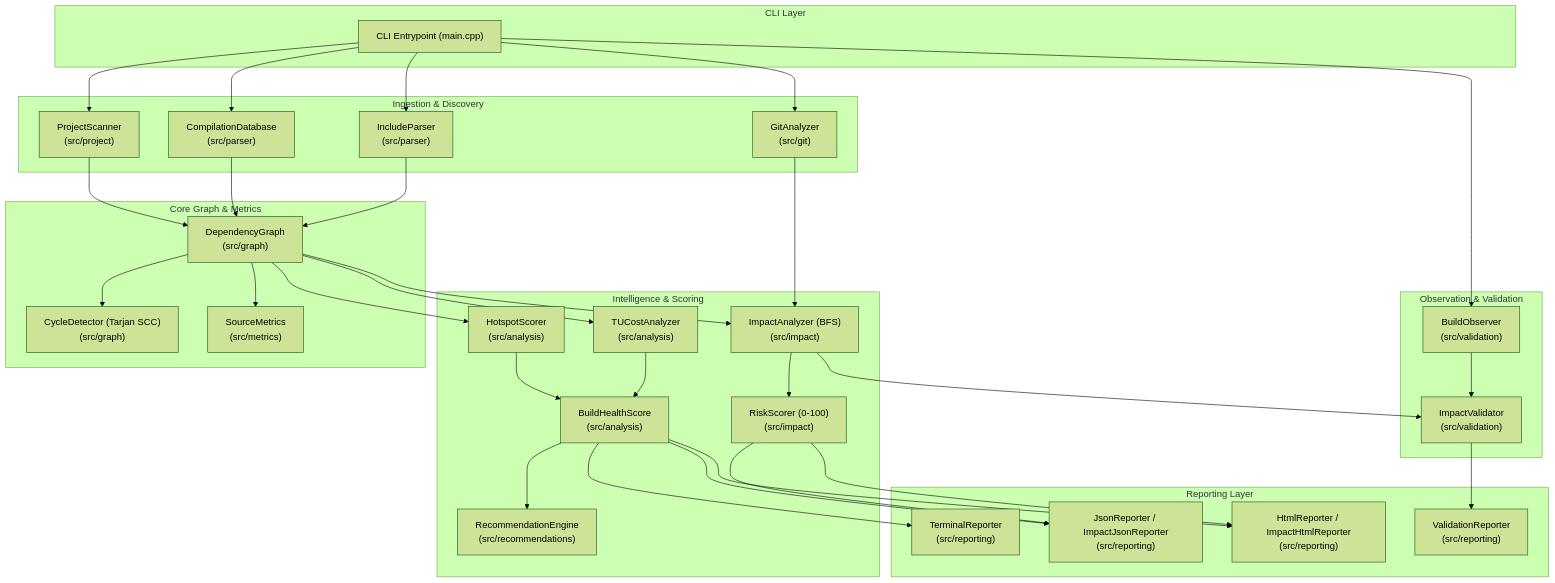
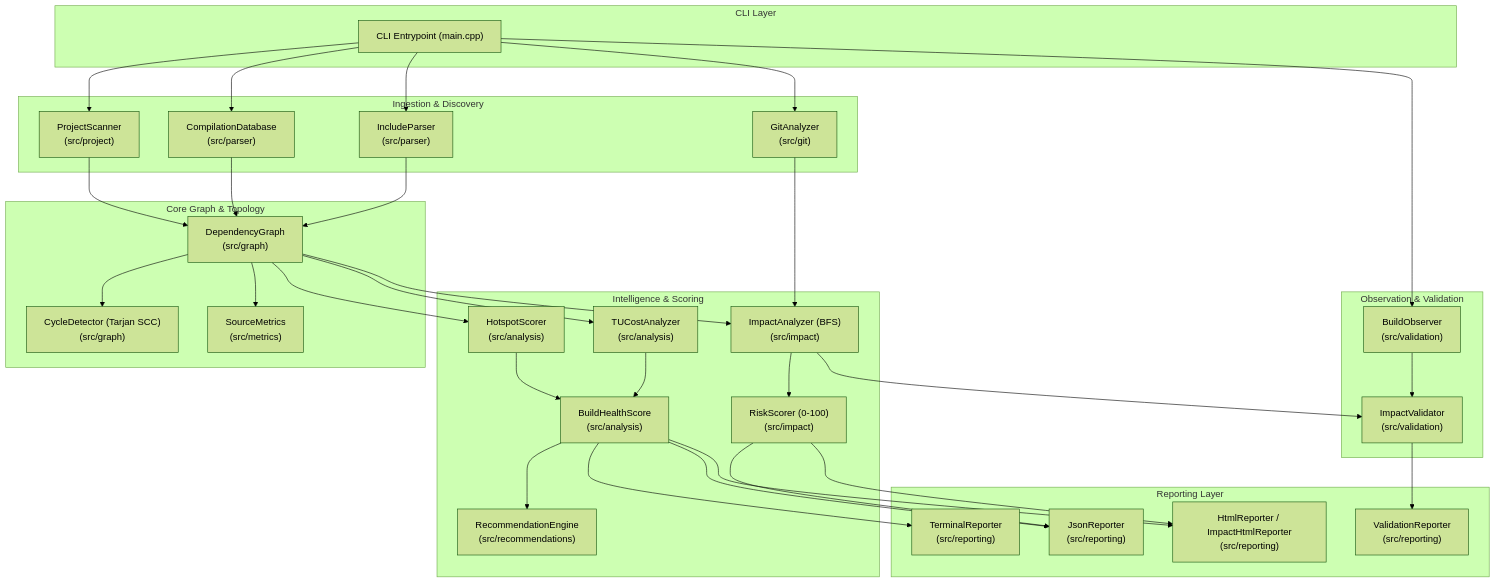
The first of 2 diagrams in docs/ARCHITECTURE.md (Destroyer795/compileforge), drawn with Mermaid (forest theme) before and after one commit. The commit also changed other lines of this file and 29 other files, not shown here.

````diff
--- a/docs/ARCHITECTURE.md
+++ b/docs/ARCHITECTURE.md
@@ -19,72 +19,72 @@
 ```mermaid
 flowchart TB
     subgraph CLI Layer
         CLI["CLI Entrypoint (main.cpp)"]
     end
 
     subgraph Ingestion & Discovery
         Scanner["ProjectScanner\n(src/project)"]
         CompDb["CompilationDatabase\n(src/parser)"]
         Parser["IncludeParser\n(src/parser)"]
         GitAn["GitAnalyzer\n(src/git)"]
     end
 
-    subgraph Core Graph & Metrics
+    subgraph Core Graph & Topology
         Graph["DependencyGraph\n(src/graph)"]
         CycleDet["CycleDetector (Tarjan SCC)\n(src/graph)"]
         Metrics["SourceMetrics\n(src/metrics)"]
     end
 
     subgraph Intelligence & Scoring
         Hotspot["HotspotScorer\n(src/analysis)"]
         TUCost["TUCostAnalyzer\n(src/analysis)"]
         HealthScore["BuildHealthScore\n(src/analysis)"]
         Impact["ImpactAnalyzer (BFS)\n(src/impact)"]
         Risk["RiskScorer (0-100)\n(src/impact)"]
         Recom["RecommendationEngine\n(src/recommendations)"]
     end
 
     subgraph Observation & Validation
         Obs["BuildObserver\n(src/validation)"]
         Val["ImpactValidator\n(src/validation)"]
     end
 
     subgraph Reporting Layer
         RepTerm["TerminalReporter\n(src/reporting)"]
-        RepJSON["JsonReporter / ImpactJsonReporter\n(src/reporting)"]
+        RepJSON["JsonReporter\n(src/reporting)"]
         RepHTML["HtmlReporter / ImpactHtmlReporter\n(src/reporting)"]
         RepVal["ValidationReporter\n(src/reporting)"]
     end
 
     CLI --> Scanner
     CLI --> CompDb
     CLI --> Parser
     CLI --> GitAn
     CLI --> Obs
 
     Scanner --> Graph
     Parser --> Graph
     CompDb --> Graph
     Graph --> CycleDet
     Graph --> Metrics
 
     Graph --> Hotspot
     Graph --> TUCost
     Hotspot --> HealthScore
     TUCost --> HealthScore
 
     GitAn --> Impact
     Graph --> Impact
     Impact --> Risk
     HealthScore --> Recom
 
     Impact --> Val
     Obs --> Val
 
     HealthScore --> RepTerm
     HealthScore --> RepJSON
     HealthScore --> RepHTML
     Risk --> RepJSON
     Risk --> RepHTML
     Val --> RepVal
 ```
````
